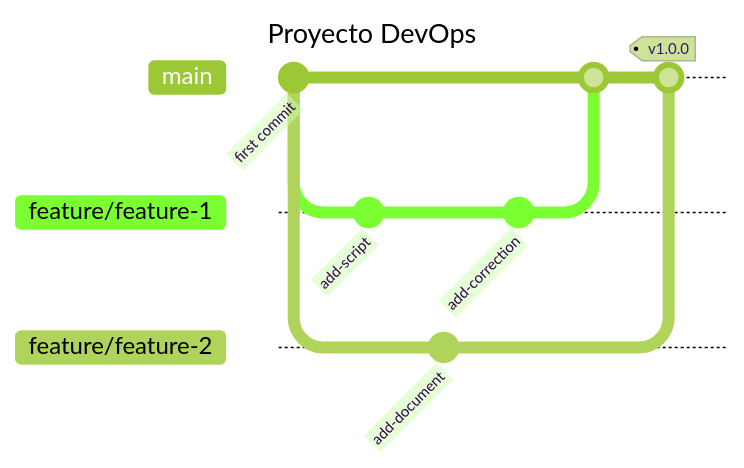
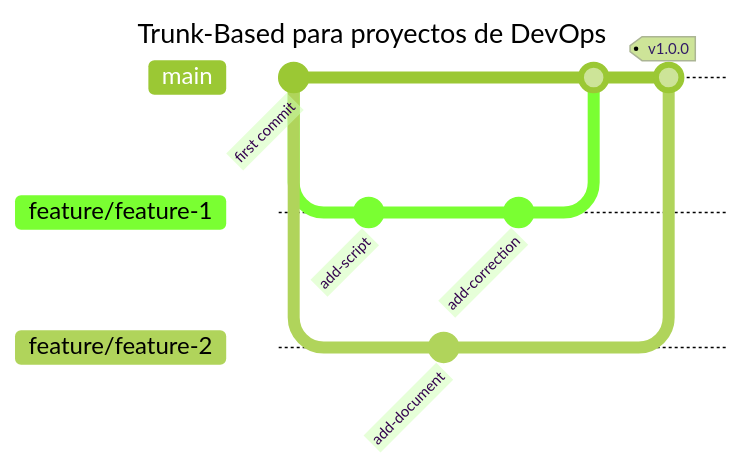
Before and after one commit to ObligatorioDevOps3M/DevOps: the diagram in diagramas/DevOps.md, drawn with Mermaid (forest theme).

````diff
--- a/diagramas/DevOps.md
+++ b/diagramas/DevOps.md
@@ -1,21 +1,21 @@
 ``` mermaid
 ---
-title: Proyecto DevOps
+title: Trunk-Based para proyectos de DevOps
 ---
 gitGraph
    commit id: "first commit" 
    branch feature/feature-1
    commit id: "add-script"
    checkout main
    branch feature/feature-2
    commit id: "add-document"
    checkout feature/feature-1
    commit id: "add-correction"
    checkout main
    merge feature/feature-1
    checkout feature/feature-2
    checkout main
    merge feature/feature-2 tag: "v1.0.0"
 
    
 ```
````
